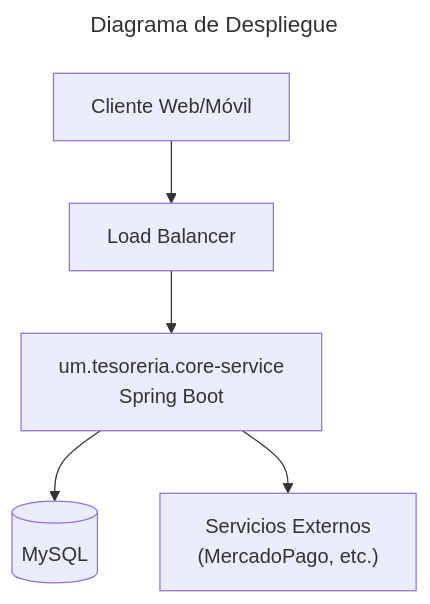
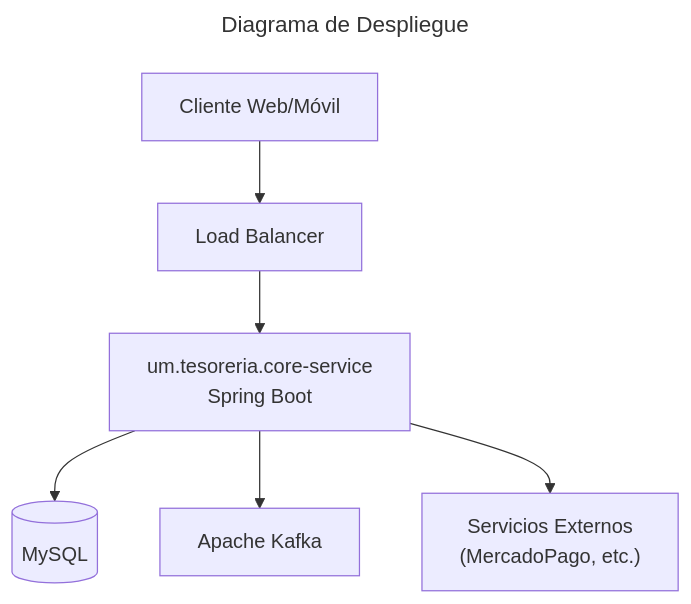
One commit to UM-services/UM.tesoreria.core-service changed the diagram in docs/deployment.mmd. Above: the diagram before and after it, drawn with Mermaid. The commit also changed 6 other files, not shown here.

```diff
--- a/docs/deployment.mmd
+++ b/docs/deployment.mmd
@@ -1,13 +1,15 @@
 ---
 title: Diagrama de Despliegue
 ---
 flowchart TD
     Client["Cliente Web/Móvil"]
     LB["Load Balancer"]
     App["um.tesoreria.core-service<br/>Spring Boot"]
     DB[(MySQL)]
+    Kafka["Apache Kafka"]
     Ext["Servicios Externos<br/>(MercadoPago, etc.)"]
     Client --> LB
     LB --> App
     App --> DB
+    App --> Kafka
     App --> Ext
```
